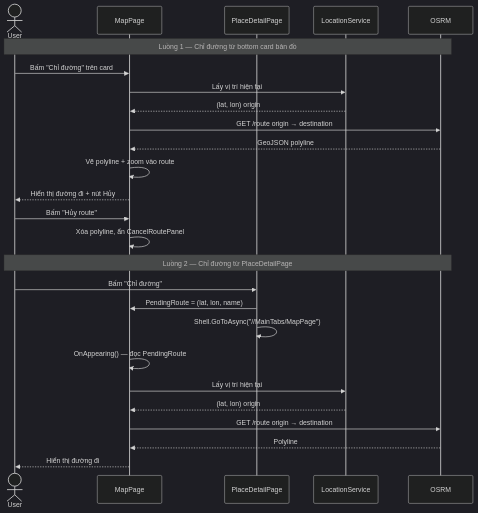
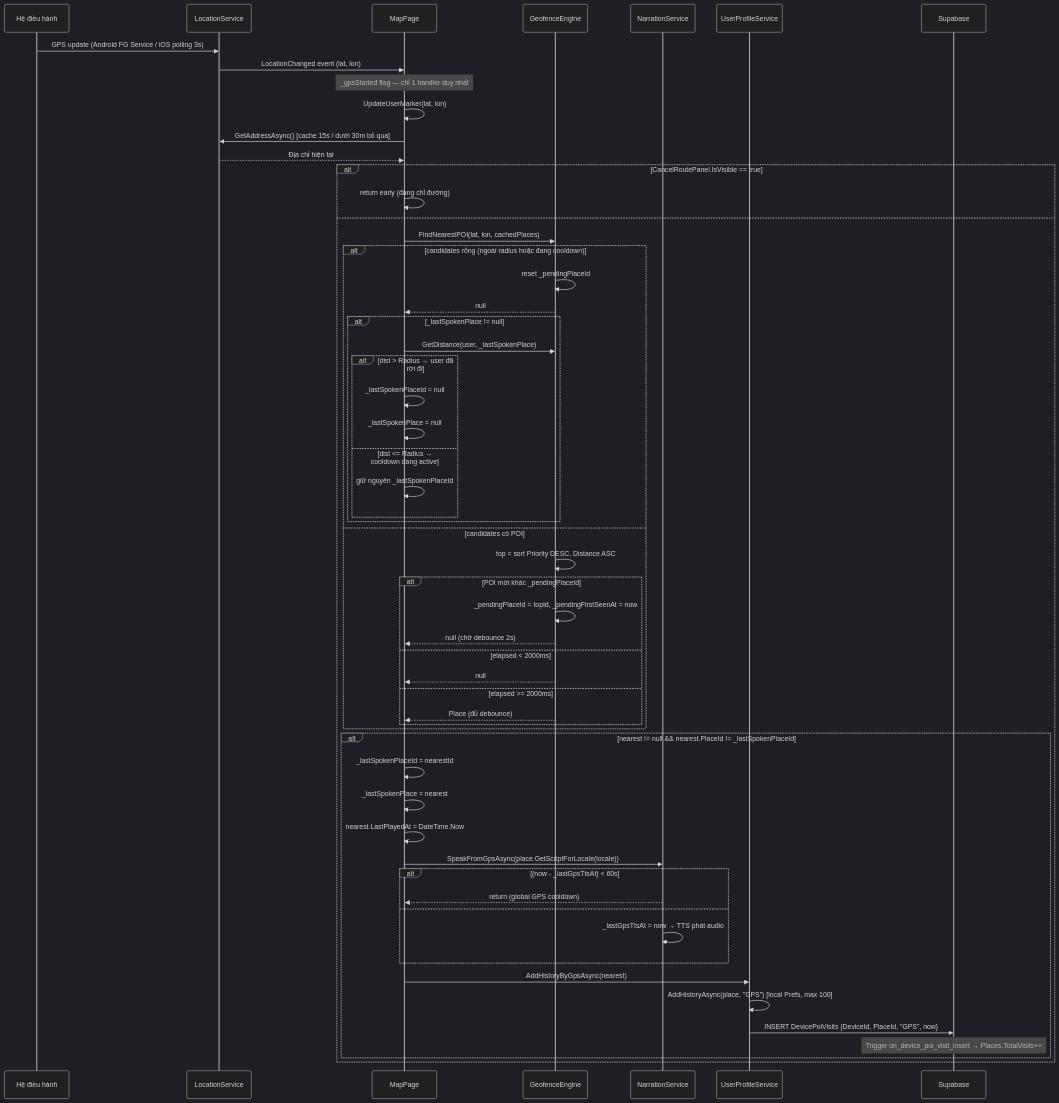
One commit to MTai55/TourguideProjectApp changed the seventh of 22 diagrams in PRD.md. Above: the diagram before and after it, drawn with Mermaid (dark theme). The commit also changed other lines of this file and 2 other files, not shown here.

````diff
--- a/PRD.md
+++ b/PRD.md
@@ -1148,31 +1355,64 @@
 ```mermaid
 sequenceDiagram
-    actor User
+    participant OS as Hệ điều hành
+    participant LS as LocationService
     participant MapPage
-    participant PlaceDetailPage
-    participant LocationService
-    participant OSRM
+    participant GE as GeofenceEngine
+    participant NS as NarrationService
+    participant UPS as UserProfileService
+    participant Supabase
 
-    Note over User,OSRM: Luồng 1 — Chỉ đường từ bottom card bản đồ
-    User->>MapPage: Bấm "Chỉ đường" trên card
-    MapPage->>LocationService: Lấy vị trí hiện tại
-    LocationService-->>MapPage: (lat, lon) origin
-    MapPage->>OSRM: GET /route origin → destination
-    OSRM-->>MapPage: GeoJSON polyline
-    MapPage->>MapPage: Vẽ polyline + zoom vào route
-    MapPage-->>User: Hiển thị đường đi + nút Hủy
+    OS->>LS: GPS update (Android FG Service / iOS polling 3s)
+    LS->>MapPage: LocationChanged event (lat, lon)
+    Note over MapPage: _gpsStarted flag — chỉ 1 handler duy nhất
 
-    User->>MapPage: Bấm "Hủy route"
-    MapPage->>MapPage: Xóa polyline, ẩn CancelRoutePanel
+    MapPage->>MapPage: UpdateUserMarker(lat, lon)
+    MapPage->>LS: GetAddressAsync() [cache 15s / dưới 30m bỏ qua]
+    LS-->>MapPage: Địa chỉ hiện tại
 
-    Note over User,OSRM: Luồng 2 — Chỉ đường từ PlaceDetailPage
-    User->>PlaceDetailPage: Bấm "Chỉ đường"
-    PlaceDetailPage->>MapPage: PendingRoute = (lat, lon, name)
-    PlaceDetailPage->>PlaceDetailPage: Shell.GoToAsync("//MainTabs/MapPage")
-    MapPage->>MapPage: OnAppearing() — đọc PendingRoute
-    MapPage->>LocationService: Lấy vị trí hiện tại
-    LocationService-->>MapPage: (lat, lon) origin
-    MapPage->>OSRM: GET /route origin → destination
-    OSRM-->>MapPage: Polyline
-    MapPage-->>User: Hiển thị đường đi
+    alt CancelRoutePanel.IsVisible == true
+        MapPage->>MapPage: return early (đang chỉ đường)
+    else
+        MapPage->>GE: FindNearestPOI(lat, lon, cachedPlaces)
+
+        alt candidates rỗng (ngoài radius hoặc đang cooldown)
+            GE->>GE: reset _pendingPlaceId
+            GE-->>MapPage: null
+            alt _lastSpokenPlace != null
+                MapPage->>GE: GetDistance(user, _lastSpokenPlace)
+                alt dist > Radius → user đã rời đi
+                    MapPage->>MapPage: _lastSpokenPlaceId = null
+                    MapPage->>MapPage: _lastSpokenPlace = null
+                else dist <= Radius → cooldown đang active
+                    MapPage->>MapPage: giữ nguyên _lastSpokenPlaceId
+                end
+            end
+        else candidates có POI
+            GE->>GE: top = sort Priority DESC, Distance ASC
+            alt POI mới khác _pendingPlaceId
+                GE->>GE: _pendingPlaceId = topId, _pendingFirstSeenAt = now
+                GE-->>MapPage: null (chờ debounce 2s)
+            else elapsed < 2000ms
+                GE-->>MapPage: null
+            else elapsed >= 2000ms
+                GE-->>MapPage: Place (đủ debounce)
+            end
+        end
+
+        alt nearest != null && nearest.PlaceId != _lastSpokenPlaceId
+            MapPage->>MapPage: _lastSpokenPlaceId = nearestId
+            MapPage->>MapPage: _lastSpokenPlace = nearest
+            MapPage->>MapPage: nearest.LastPlayedAt = DateTime.Now
+            MapPage->>NS: SpeakFromGpsAsync(place.GetScriptForLocale(locale))
+            alt (now - _lastGpsTtsAt) < 60s
+                NS-->>MapPage: return (global GPS cooldown)
+            else
+                NS->>NS: _lastGpsTtsAt = now → TTS phát audio
+            end
+            MapPage->>UPS: AddHistoryByGpsAsync(nearest)
+            UPS->>UPS: AddHistoryAsync(place, "GPS") [local Prefs, max 100]
+            UPS->>Supabase: INSERT DevicePoiVisits {DeviceId, PlaceId, "GPS", now}
+            Note over Supabase: Trigger on_device_poi_visit_insert → Places.TotalVisits++
+        end
+    end
 ```
````
